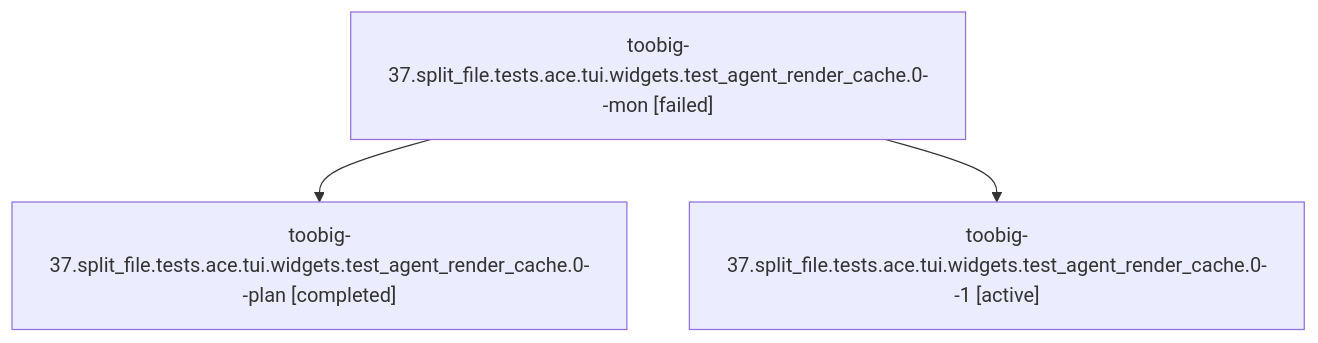
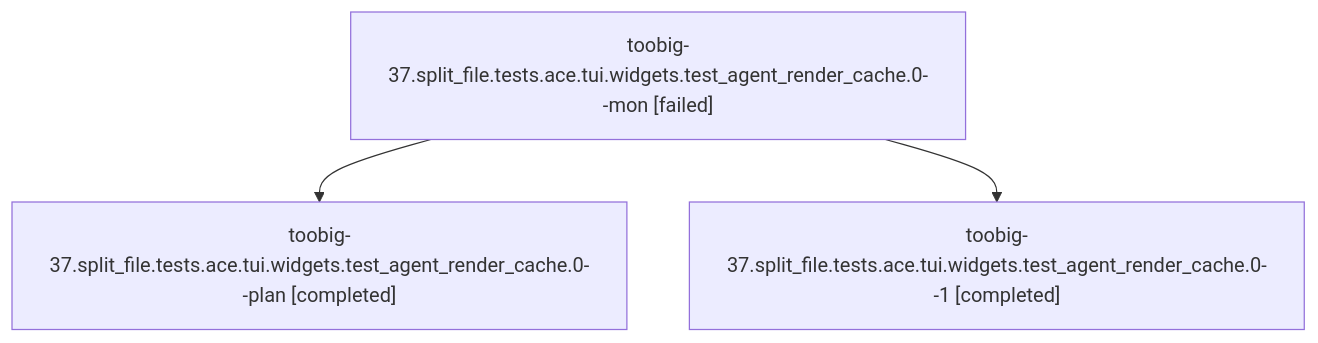
One commit to sase-org/sase--agents changed the diagram in families/bbugyi200.athena.toobig-37.split_file.tests.ace.tui.widgets.test_agent_render_cache.0.md. Above: the diagram before and after it, drawn with Mermaid. The commit also changed other lines of this file and 39 other files, not shown here.

````diff
--- a/families/bbugyi200.athena.toobig-37.split_file.tests.ace.tui.widgets.test_agent_render_cache.0.md
+++ b/families/bbugyi200.athena.toobig-37.split_file.tests.ace.tui.widgets.test_agent_render_cache.0.md
@@ -9,8 +9,8 @@
 ```mermaid
 flowchart TD
   n0["toobig-37.split_file.tests.ace.tui.widgets.test_agent_render_cache.0--mon [failed]"]
   n1["toobig-37.split_file.tests.ace.tui.widgets.test_agent_render_cache.0--plan [completed]"]
   n0 --> n1
-  n2["toobig-37.split_file.tests.ace.tui.widgets.test_agent_render_cache.0--1 [active]"]
+  n2["toobig-37.split_file.tests.ace.tui.widgets.test_agent_render_cache.0--1 [completed]"]
   n0 --> n2
 ```
````
